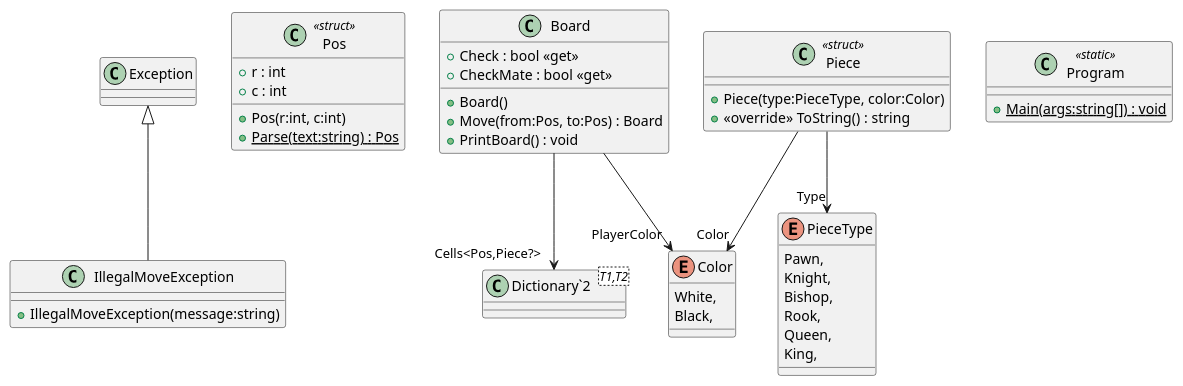
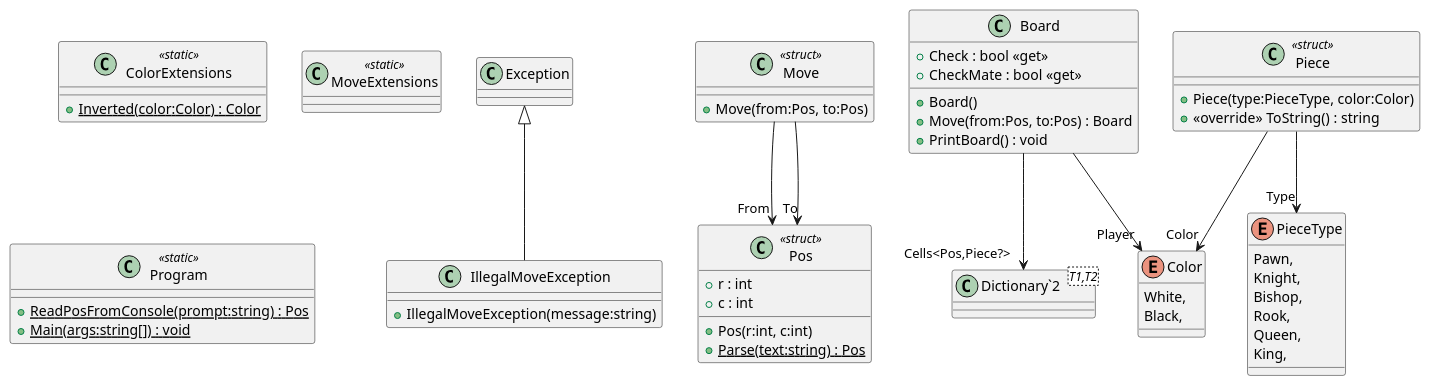
The diagram in plantuml/include.puml (jk-ba/Chess), drawn with PlantUML before and after one commit. The commit also changed 2 other files, not shown here.

```diff
--- a/plantuml/include.puml
+++ b/plantuml/include.puml
@@ -1,44 +1,55 @@
 @startuml
+class ColorExtensions <<static>> {
+    + {static} Inverted(color:Color) : Color
+}
 class IllegalMoveException {
     + IllegalMoveException(message:string)
 }
 Exception <|-- IllegalMoveException
 class Pos <<struct>> {
     + r : int
     + c : int
     + Pos(r:int, c:int)
     + {static} Parse(text:string) : Pos
 }
 class Board {
     + Board()
     + Check : bool <<get>>
     + CheckMate : bool <<get>>
     + Move(from:Pos, to:Pos) : Board
     + PrintBoard() : void
 }
 class "Dictionary`2"<T1,T2> {
 }
-Board --> "PlayerColor" Color
+Board --> "Player" Color
 Board --> "Cells<Pos,Piece?>" "Dictionary`2"
 enum Color {
     White,
     Black,
 }
 enum PieceType {
     Pawn,
     Knight,
     Bishop,
     Rook,
     Queen,
     King,
 }
 class Piece <<struct>> {
     + Piece(type:PieceType, color:Color)
     + <<override>> ToString() : string
 }
 Piece --> "Type" PieceType
 Piece --> "Color" Color
+class MoveExtensions <<static>> {
+}
+class Move <<struct>> {
+    + Move(from:Pos, to:Pos)
+}
+Move --> "From" Pos
+Move --> "To" Pos
 class Program <<static>> {
+    + {static} ReadPosFromConsole(prompt:string) : Pos
     + {static} Main(args:string[]) : void
 }
 @enduml
```
